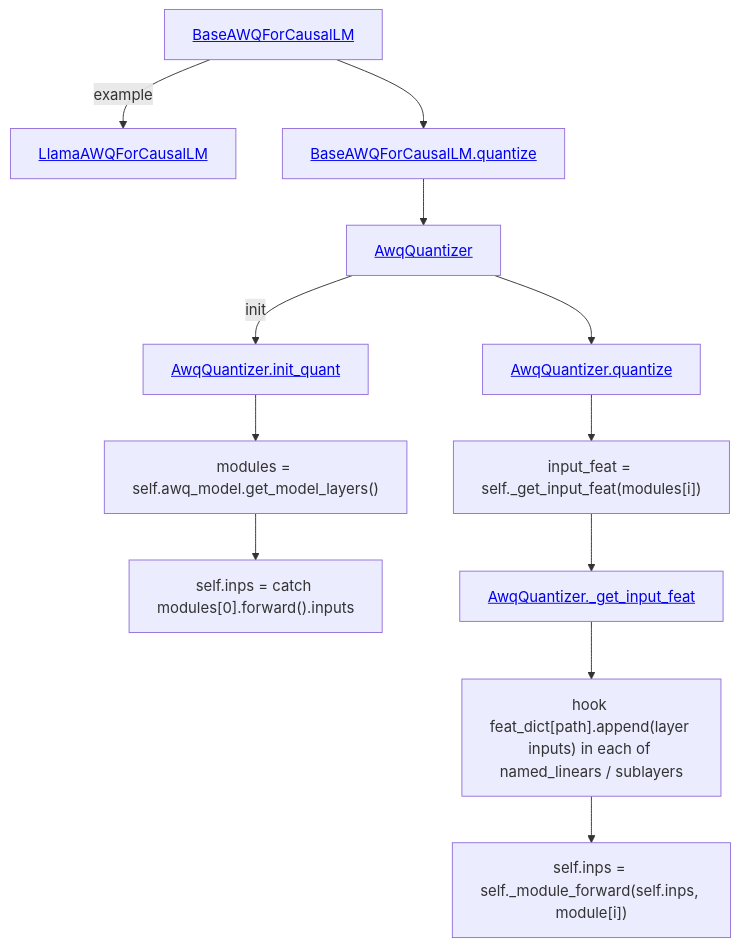
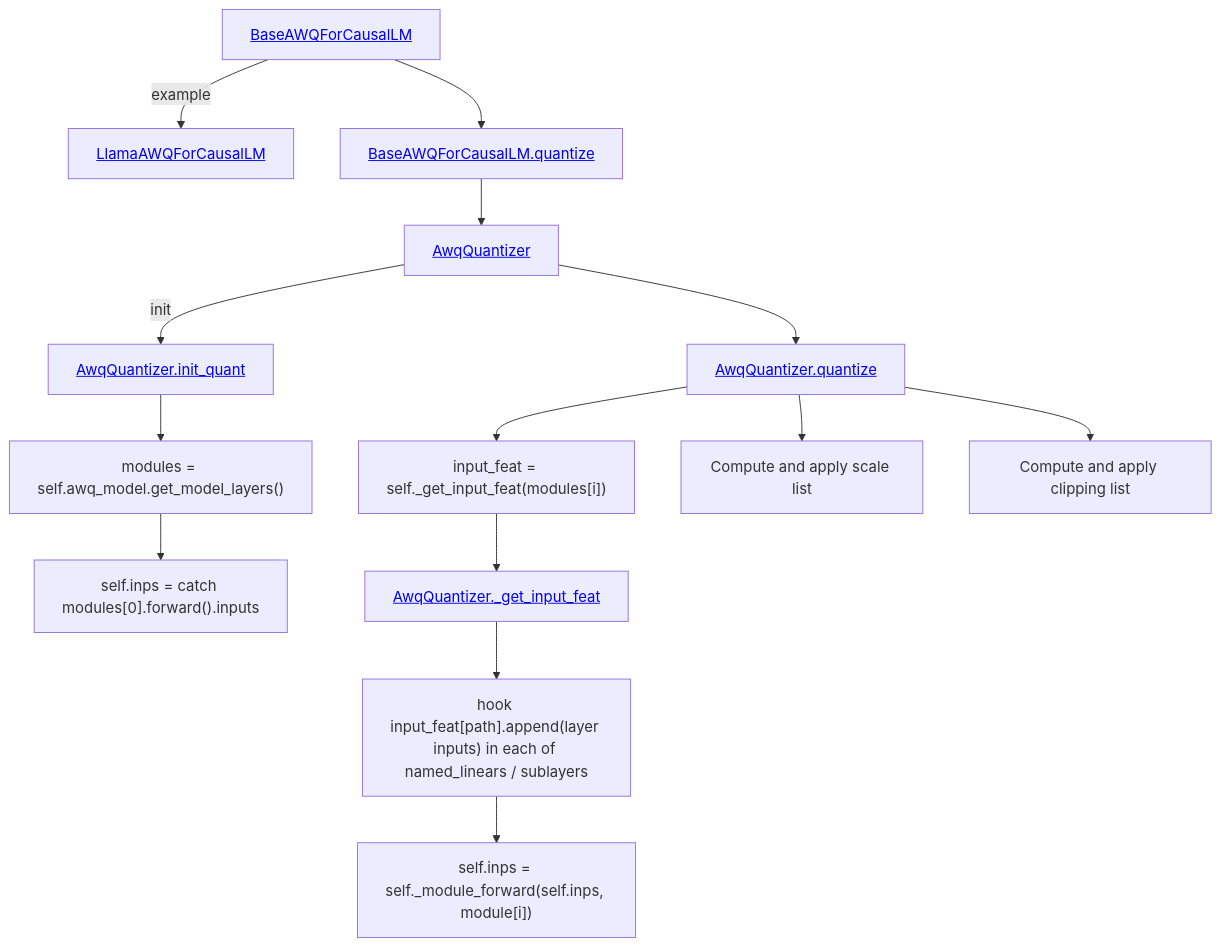
One commit to w32zhong/AutoAWQ changed the diagram in README.md. Above: the diagram before and after it, drawn with Mermaid.

````diff
--- a/README.md
+++ b/README.md
@@ -2,22 +2,27 @@
 ```mermaid
 graph TD;
     BaseAWQForCausalLM[<a href="https://github.com/w32zhong/AutoAWQ/blob/1c5787f5c44acc2753c0e30e4b59412343cb4a71/awq/models/base.py#L89">BaseAWQForCausalLM</a>]
     LlamaAWQForCausalLM[<a href="https://github.com/w32zhong/AutoAWQ/blob/1c5787f5c44acc2753c0e30e4b59412343cb4a71/awq/models/llama.py#L14">LlamaAWQForCausalLM</a>]
     BaseAWQForCausalLM -->|example| LlamaAWQForCausalLM
     BaseAWQForCausalLM_quantize[<a href="https://github.com/w32zhong/AutoAWQ/blob/1c5787f5c44acc2753c0e30e4b59412343cb4a71/awq/models/base.py#L129">BaseAWQForCausalLM.quantize</a>]
     BaseAWQForCausalLM --> BaseAWQForCausalLM_quantize --> AwqQuantizer
     AwqQuantizer[<a href="https://github.com/w32zhong/AutoAWQ/blob/1c5787f5c44acc2753c0e30e4b59412343cb4a71/awq/quantize/quantizer.py#L27">AwqQuantizer</a>]
     AwqQuantizer -->|init| AwqQuantizer.init_quant
     AwqQuantizer.init_quant[<a href="https://github.com/w32zhong/AutoAWQ/blob/1c5787f5c44acc2753c0e30e4b59412343cb4a71/awq/quantize/quantizer.py#L544">AwqQuantizer.init_quant</a>]
     AwqQuantizer.init_quant --> get_model_layers__call --> first_inp
     get_model_layers__call["modules = self.awq_model.get_model_layers()"]
     first_inp["self.inps = catch modules[0].forward().inputs"]
 
     AwqQuantizer --> AwqQuantizer.quantize
     AwqQuantizer.quantize[<a href="https://github.com/w32zhong/AutoAWQ/blob/1c5787f5c44acc2753c0e30e4b59412343cb4a71/awq/quantize/quantizer.py#L126">AwqQuantizer.quantize</a>]
     AwqQuantizer.quantize --> _get_input_feat__call --> _get_input_feat --> hook_sublayers --> _module_forward 
     _get_input_feat__call["input_feat = self._get_input_feat(modules[i])"]
     _get_input_feat[<a href="https://github.com/w32zhong/AutoAWQ/blob/1c5787f5c44acc2753c0e30e4b59412343cb4a71/awq/quantize/quantizer.py#L609">AwqQuantizer._get_input_feat</a>]
-    hook_sublayers["hook feat_dict[path].append(layer inputs) in each of named_linears / sublayers"]
+    hook_sublayers["hook input_feat[path].append(layer inputs) in each of named_linears / sublayers"]
     _module_forward["self.inps = self._module_forward(self.inps, module[i])"]
+
+    AwqQuantizer.quantize --> step2
+    AwqQuantizer.quantize --> step3
+    step2[Compute and apply scale list]
+    step3[Compute and apply clipping list]
 ```
````
